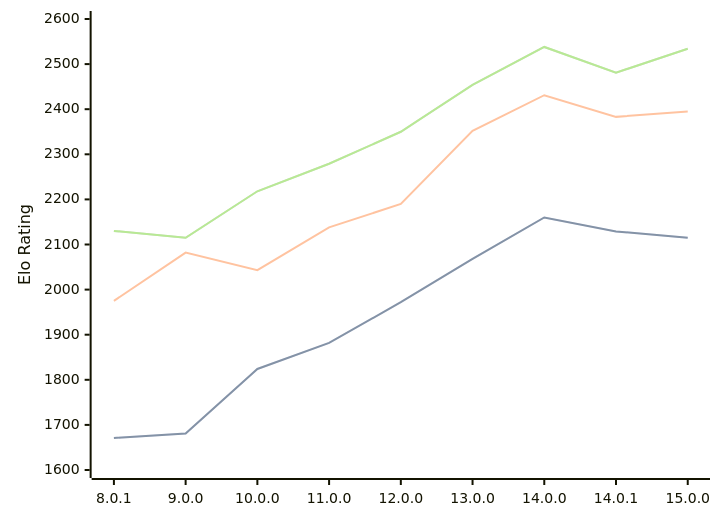
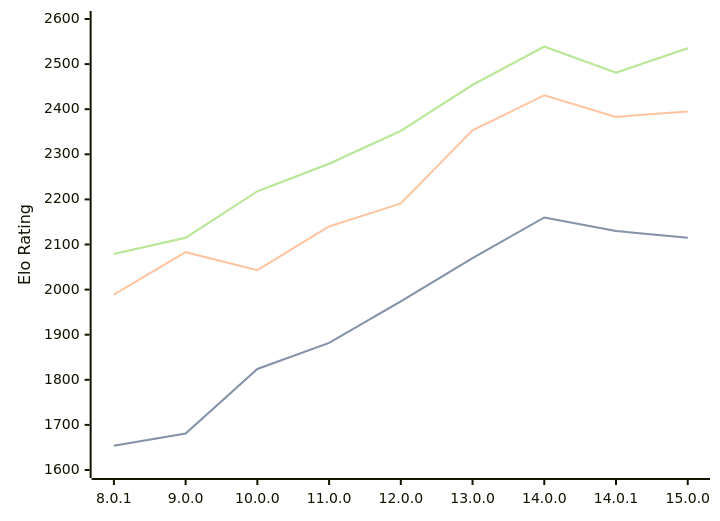
The diagram in engines/Cepimetheus.md (computer-chess-index/cci), drawn with Mermaid before and after one commit. The commit also changed other lines of this file, not shown here.

Commit message:
Update CCI Ratings (ELO VLTC) - 2026-08-25

````diff
--- a/engines/Cepimetheus.md
+++ b/engines/Cepimetheus.md
@@ -66,11 +66,11 @@
 ```mermaid
 %%{init: {"theme":"base","themeVariables":{"seriesColors:['#a3a3a3','#222221','#faa371']}}}%%
 xychart-beta
   x-axis ["8.0.1", "9.0.0", "10.0.0", "11.0.0", "12.0.0", "13.0.0", "14.0.0", "14.0.1", "15.0.0"]
   y-axis "Elo Rating" 1600 --> 2600
-  line "STC (8.0+0.08s)" [1671, 1681, 1824, 1882, 1972, 2068, 2160, 2129, 2115]
-  line "STC (8.0+0.08s)" [1671, 1681, 1824, 1882, 1972, 2068, 2160, 2129, 2115]
-  line "LTC (60.0+0.60s)" [1975, 2082, 2043, 2138, 2190, 2352, 2431, 2383, 2395]
-  line "VLTC (2m24s+1.12s)" [2130, 2115, 2218, 2279, 2350, 2454, 2538, 2481, 2534]
-  line "VLTC (2m24s+1.12s)" [2130, 2115, 2218, 2279, 2350, 2454, 2538, 2481, 2534]
+  line "STC (8.0+0.08s)" [1654, 1681, 1824, 1882, 1974, 2070, 2160, 2130, 2115]
+  line "STC (8.0+0.08s)" [1654, 1681, 1824, 1882, 1974, 2070, 2160, 2130, 2115]
+  line "LTC (60.0+0.60s)" [1989, 2083, 2043, 2140, 2191, 2353, 2431, 2383, 2395]
+  line "VLTC (2m24s+1.12s)" [2079, 2115, 2218, 2279, 2352, 2454, 2539, 2481, 2535]
+  line "VLTC (2m24s+1.12s)" [2079, 2115, 2218, 2279, 2352, 2454, 2539, 2481, 2535]
 ```
````
